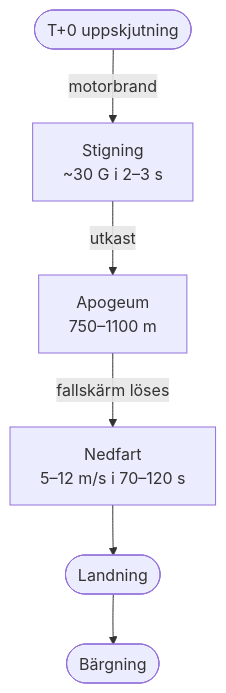
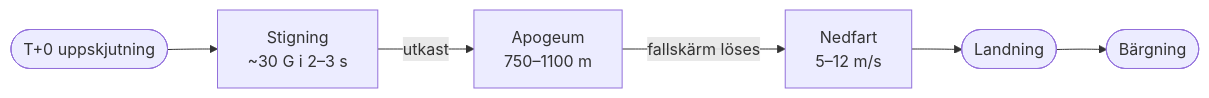
The diagram in dokument/CANSAT-GRUND.md (oskuhansson/can-sat), drawn with Mermaid before and after one commit.

Commit message:
Lay out the flight-profile diagram horizontally

````diff
--- a/dokument/CANSAT-GRUND.md
+++ b/dokument/CANSAT-GRUND.md
@@ -34,14 +34,14 @@
 ```mermaid
-flowchart TB
+flowchart LR
     T0(["T+0 uppskjutning"])
     BOOST["Stigning<br/>~30 G i 2–3 s"]
     APOGEE["Apogeum<br/>750–1100 m"]
-    DESCENT["Nedfart<br/>5–12 m/s i 70–120 s"]
+    DESCENT["Nedfart<br/>5–12 m/s"]
     LAND(["Landning"])
     RECOVER(["Bärgning"])
-    T0 -->|"motorbrand"| BOOST
+    T0 --> BOOST
     BOOST -->|"utkast"| APOGEE
     APOGEE -->|"fallskärm löses"| DESCENT
     DESCENT --> LAND
     LAND --> RECOVER
 ```
````
